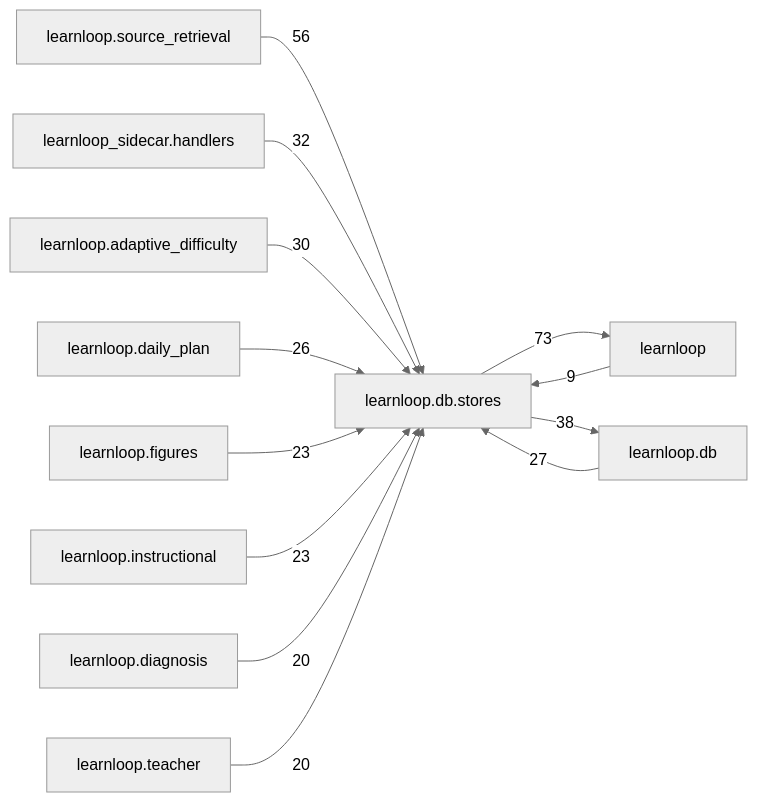
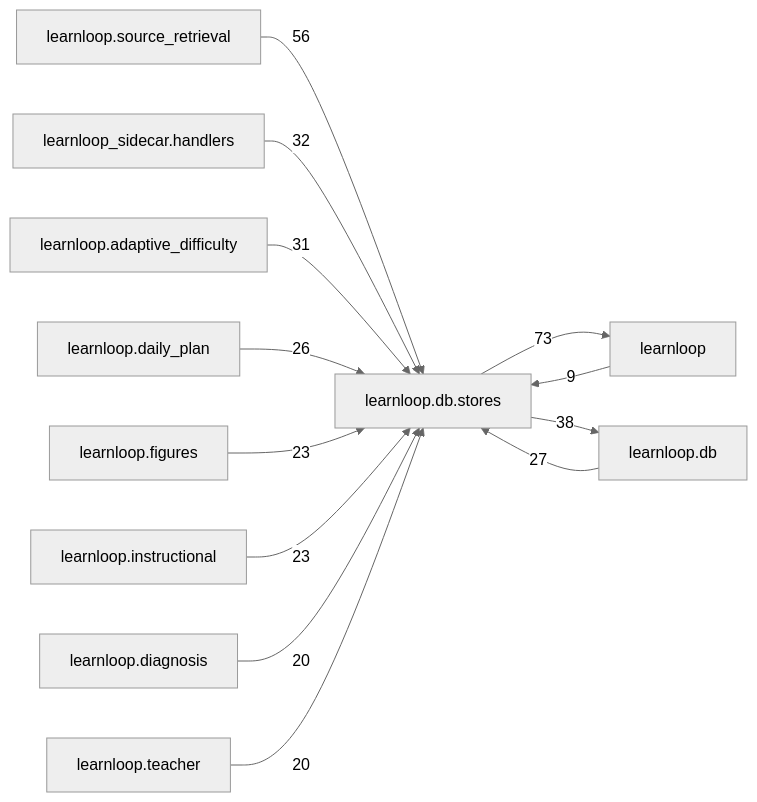
One commit to 6up-b/learnanything changed the diagram in docs/learnloop-architecture-vault/Reference/Modules/learnloop/db/stores/_package.md. Above: the diagram before and after it, drawn with Mermaid (neutral theme). The commit also changed other lines of this file and 64 other files, not shown here.

````diff
--- a/docs/learnloop-architecture-vault/Reference/Modules/learnloop/db/stores/_package.md
+++ b/docs/learnloop-architecture-vault/Reference/Modules/learnloop/db/stores/_package.md
@@ -284,26 +284,26 @@
 ```mermaid
 flowchart LR
     center["learnloop.db.stores"]
     n_learnloop["learnloop"]
     n_learnloop_db["learnloop.db"]
     n_learnloop_source_retrieval["learnloop.source_retrieval"]
     n_learnloop_sidecar_handlers["learnloop_sidecar.handlers"]
     n_learnloop_adaptive_difficulty["learnloop.adaptive_difficulty"]
     n_learnloop_daily_plan["learnloop.daily_plan"]
     n_learnloop_figures["learnloop.figures"]
     n_learnloop_instructional["learnloop.instructional"]
     n_learnloop_diagnosis["learnloop.diagnosis"]
     n_learnloop_teacher["learnloop.teacher"]
     n_learnloop -->|9| center
     center -->|73| n_learnloop
     n_learnloop_db -->|27| center
     center -->|38| n_learnloop_db
     n_learnloop_source_retrieval -->|56| center
     n_learnloop_sidecar_handlers -->|32| center
-    n_learnloop_adaptive_difficulty -->|30| center
+    n_learnloop_adaptive_difficulty -->|31| center
     n_learnloop_daily_plan -->|26| center
     n_learnloop_figures -->|23| center
     n_learnloop_instructional -->|23| center
     n_learnloop_diagnosis -->|20| center
     n_learnloop_teacher -->|20| center
 ```
````
